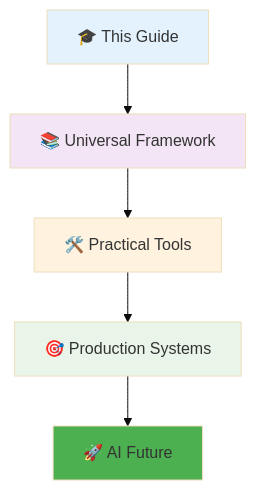
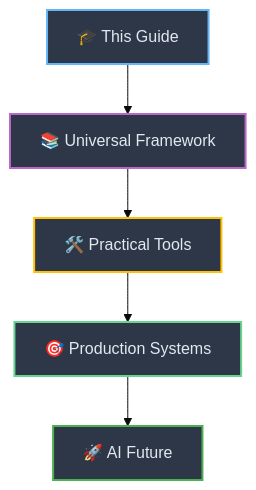
One commit to josemlopez/prompt_tutorial changed the ninth of 9 diagrams in Part_II_Section_8_Case_Studies_Deconstructing_Real-World_Agent_Prompts.md. Above: the diagram before and after it, drawn with Mermaid (base theme). The commit also changed other lines of this file and 7 other files, not shown here.

````diff
--- a/Part_II_Section_8_Case_Studies_Deconstructing_Real-World_Agent_Prompts.md
+++ b/Part_II_Section_8_Case_Studies_Deconstructing_Real-World_Agent_Prompts.md
@@ -526,13 +547,13 @@
 ```mermaid
 graph TB
-    A[🎓 This Guide] --> B[📚 Universal Framework]
-    B --> C[🛠️ Practical Tools]
-    C --> D[🎯 Production Systems]
-    D --> E[🚀 AI Future]
-    
-    style A fill:#e3f2fd
-    style B fill:#f3e5f5
-    style C fill:#fff3e0
-    style D fill:#e8f5e8
-    style E fill:#4caf50
+   A[🎓 This Guide] --> B[📚 Universal Framework]
+   B --> C[🛠️ Practical Tools]
+   C --> D[🎯 Production Systems]
+   D --> E[🚀 AI Future]
+   
+   style A fill:#2d3748,stroke:#64b5f6,stroke-width:2px,color:#e2e8f0
+   style B fill:#2d3748,stroke:#ba68c8,stroke-width:2px,color:#e2e8f0
+   style C fill:#2d3748,stroke:#ffc107,stroke-width:2px,color:#e2e8f0
+   style D fill:#2d3748,stroke:#68d391,stroke-width:2px,color:#e2e8f0
+   style E fill:#2d3748,stroke:#4caf50,stroke-width:2px,color:#e2e8f0
 ```
````
